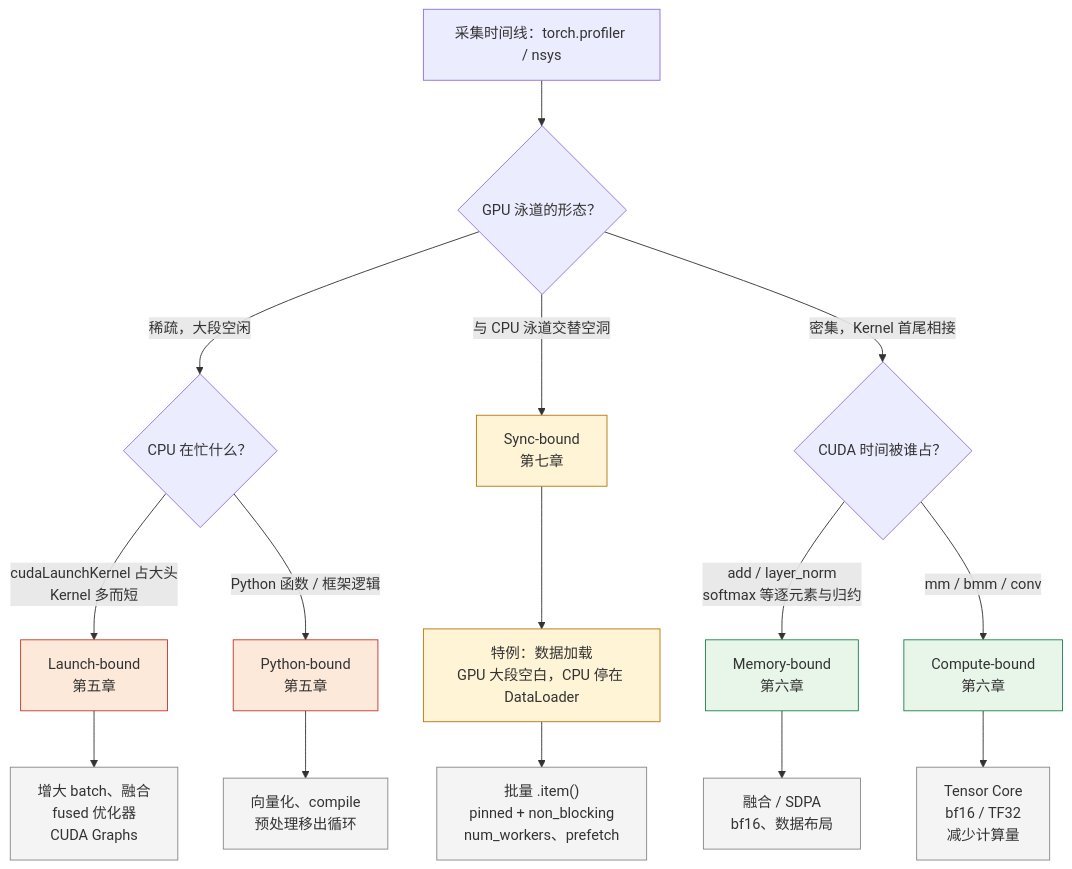
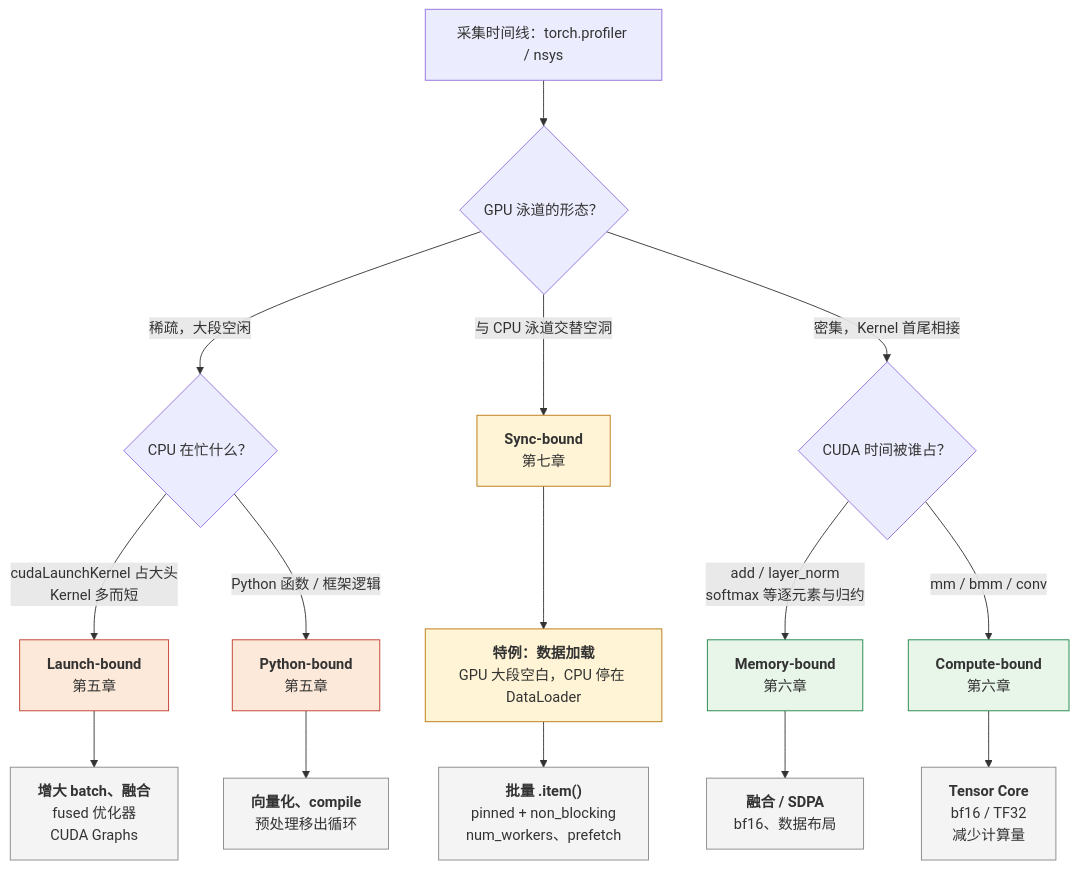
Before and after one commit to arganzheng/arganzheng.github.com: the first of 2 diagrams in _posts/2026-02-24-pytorch-performance-optimization-and-debugging.md, drawn with Mermaid. The commit also changed other lines of this file and 10 other files, not shown here.

First line of the commit message:
PyTorch 深度实践：从 Tensor 到深度学习运行时：Mermaid 多行方框的首行标为标题（11 篇）

````diff
--- a/_posts/2026-02-24-pytorch-performance-optimization-and-debugging.md
+++ b/_posts/2026-02-24-pytorch-performance-optimization-and-debugging.md
@@ -105,26 +105,26 @@
 ```mermaid
 %% 图：定位瓶颈的决策树：先看 GPU 泳道形态，再看谁占时间，落到 Launch / Python / Sync / Memory / Compute 五类之一
 flowchart TB
     tl["采集时间线：torch.profiler / nsys"] --> q1{"GPU 泳道的形态？"}
     q1 -->|"稀疏，大段空闲"| q2{"CPU 在忙什么？"}
-    q1 -->|"与 CPU 泳道交替空洞"| sync["Sync-bound<br/>第七章"]
+    q1 -->|"与 CPU 泳道交替空洞"| sync["<b>Sync-bound</b><br/>第七章"]
     q1 -->|"密集，Kernel 首尾相接"| q3{"CUDA 时间被谁占？"}
-    q2 -->|"cudaLaunchKernel 占大头<br/>Kernel 多而短"| launch["Launch-bound<br/>第五章"]
-    q2 -->|"Python 函数 / 框架逻辑"| py["Python-bound<br/>第五章"]
-    q3 -->|"add / layer_norm<br/>softmax 等逐元素与归约"| mem["Memory-bound<br/>第六章"]
-    q3 -->|"mm / bmm / conv"| comp["Compute-bound<br/>第六章"]
-    launch --> launch_rx["增大 batch、融合<br/>fused 优化器<br/>CUDA Graphs"]
-    py --> py_rx["向量化、compile<br/>预处理移出循环"]
-    sync --> data["特例：数据加载<br/>GPU 大段空白，CPU 停在 DataLoader"]
-    data --> sync_rx["批量 .item()<br/>pinned + non_blocking<br/>num_workers、prefetch"]
-    mem --> mem_rx["融合 / SDPA<br/>bf16、数据布局"]
-    comp --> comp_rx["Tensor Core<br/>bf16 / TF32<br/>减少计算量"]
+    q2 -->|"cudaLaunchKernel 占大头<br/>Kernel 多而短"| launch["<b>Launch-bound</b><br/>第五章"]
+    q2 -->|"Python 函数 / 框架逻辑"| py["<b>Python-bound</b><br/>第五章"]
+    q3 -->|"add / layer_norm<br/>softmax 等逐元素与归约"| mem["<b>Memory-bound</b><br/>第六章"]
+    q3 -->|"mm / bmm / conv"| comp["<b>Compute-bound</b><br/>第六章"]
+    launch --> launch_rx["<b>增大 batch、融合</b><br/>fused 优化器<br/>CUDA Graphs"]
+    py --> py_rx["<b>向量化、compile</b><br/>预处理移出循环"]
+    sync --> data["<b>特例：数据加载</b><br/>GPU 大段空白，CPU 停在 DataLoader"]
+    data --> sync_rx["<b>批量 .item()</b><br/>pinned + non_blocking<br/>num_workers、prefetch"]
+    mem --> mem_rx["<b>融合 / SDPA</b><br/>bf16、数据布局"]
+    comp --> comp_rx["<b>Tensor Core</b><br/>bf16 / TF32<br/>减少计算量"]
     classDef cpu fill:#fde9d9,stroke:#c0392b;
     classDef gpu fill:#e8f5e9,stroke:#1e8449;
     classDef mid fill:#fff4d6,stroke:#b9770e;
     classDef rx fill:#f4f4f4,stroke:#888;
     class launch,py cpu;
     class mem,comp gpu;
     class sync,data mid;
     class launch_rx,py_rx,sync_rx,mem_rx,comp_rx rx;
 ```
````
